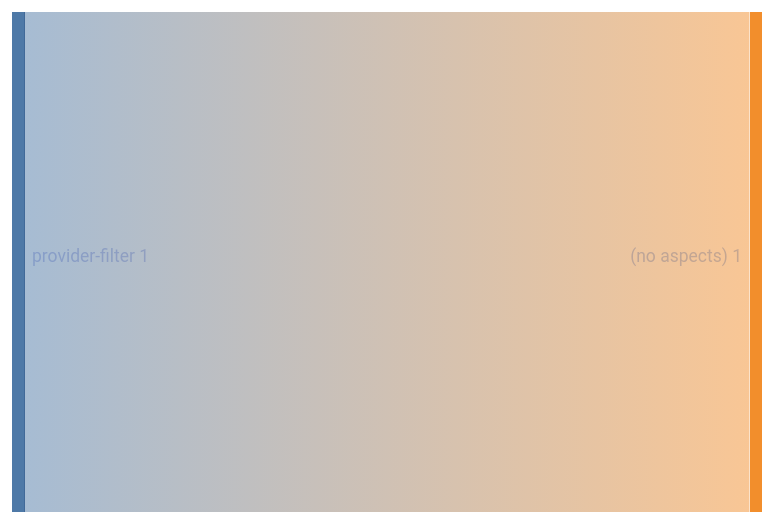
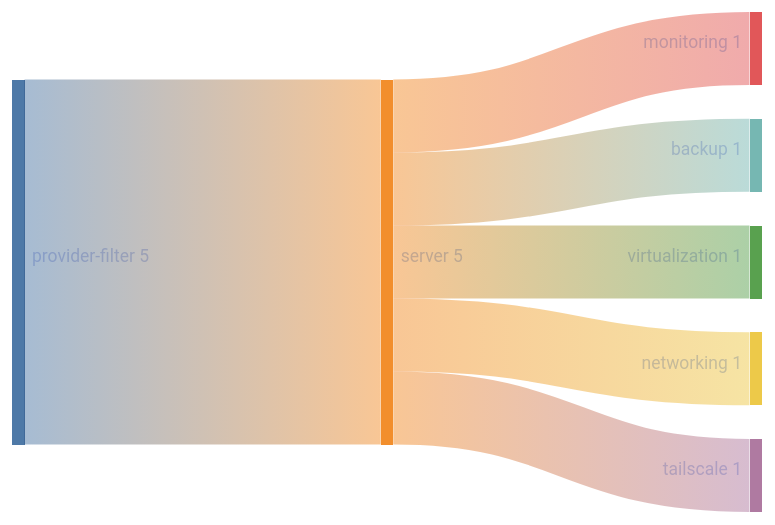
Before and after one commit to sini/den: the diagram in templates/diag-fx-demo/diagrams/provider-filter-sankey.md, drawn with Mermaid. The commit also changed 849 other files, not shown here.

Commit message:
chore: update fx diagrams

````diff
--- a/templates/diag-fx-demo/diagrams/provider-filter-sankey.md
+++ b/templates/diag-fx-demo/diagrams/provider-filter-sankey.md
@@ -5,6 +5,11 @@
 ```mermaid
 %%{init: {"theme":"base","themeVariables":{"activationBkgColor":"#313244","activationBorderColor":"#6c7086","actorBkg":"#313244","actorBorder":"#a6adc8","actorLineColor":"#a6adc8","actorTextColor":"#cdd6f4","background":"#1e1e2e","classText":"#cdd6f4","clusterBkg":"#313244","clusterBorder":"#6c7086","edgeLabelBackground":"#1e1e2e","labelBoxBkgColor":"#313244","labelBoxBorderColor":"#a6adc8","labelTextColor":"#cdd6f4","lineColor":"#a6adc8","loopTextColor":"#cdd6f4","mainBkg":"#313244","nodeBkg":"#313244","nodeBorder":"#a6adc8","nodeTextColor":"#cdd6f4","noteBkgColor":"#313244","noteBorderColor":"#6c7086","noteTextColor":"#cdd6f4","pie1":"#f38ba8","pie2":"#fab387","pie3":"#f9e2af","pie4":"#a6e3a1","pie5":"#94e2d5","pie6":"#89b4fa","pie7":"#cba6f7","pie8":"#f2cdcd","pieLegendTextColor":"#cdd6f4","pieOuterStrokeColor":"#6c7086","pieSectionTextColor":"#cdd6f4","pieStrokeColor":"#6c7086","pieTitleTextColor":"#cdd6f4","primaryBorderColor":"#a6adc8","primaryColor":"#313244","primaryTextColor":"#cdd6f4","secondBkg":"#313244","secondaryBorderColor":"#6c7086","secondaryColor":"#313244","secondaryTextColor":"#cdd6f4","sequenceNumberColor":"#1e1e2e","signalColor":"#a6adc8","signalTextColor":"#cdd6f4","tertiaryBorderColor":"#6c7086","tertiaryColor":"#313244","tertiaryTextColor":"#cdd6f4","textColor":"#cdd6f4","titleColor":"#cdd6f4"}}}%%
 sankey-beta
 
-"provider-filter","(no aspects)",1
+"provider-filter","server",5
+"server","monitoring",1
+"server","backup",1
+"server","virtualization",1
+"server","networking",1
+"server","tailscale",1
 ```
````
